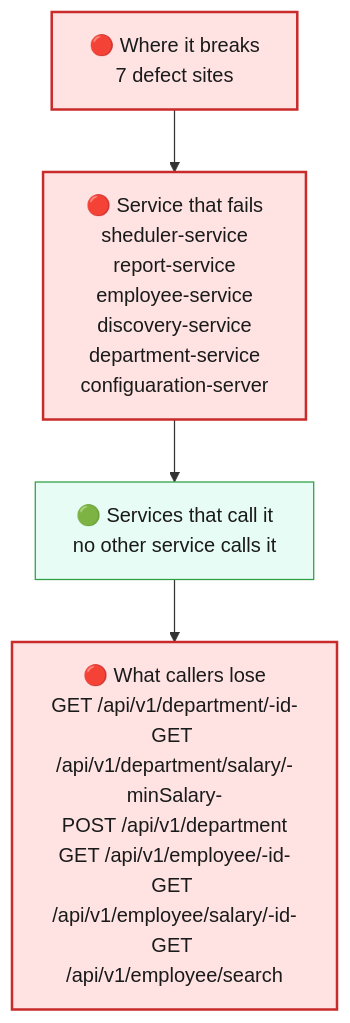
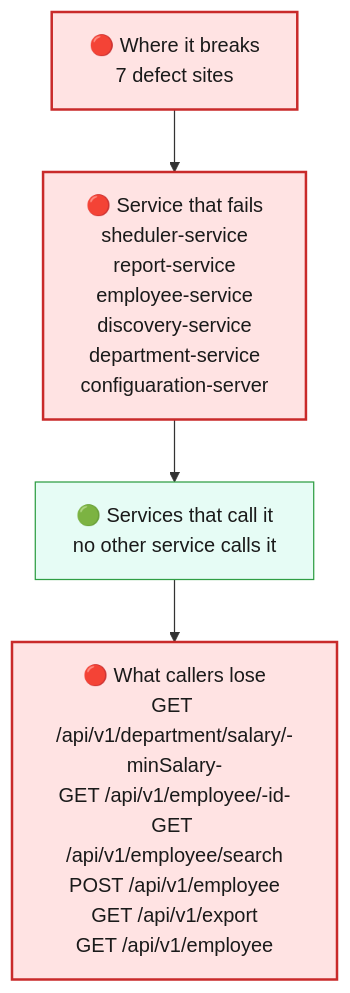
One commit to Udaradg/sample-java-project changed the first of 3 diagrams in docs/agent_output/03-blast-radius/blast_radius_ISSUE-002.md. Above: the diagram before and after it, drawn with Mermaid. The commit also changed other lines of this file and 52 other files, not shown here.

````diff
--- a/docs/agent_output/03-blast-radius/blast_radius_ISSUE-002.md
+++ b/docs/agent_output/03-blast-radius/blast_radius_ISSUE-002.md
@@ -30,13 +30,13 @@
 ```mermaid
 flowchart TD
   classDef broken fill:#ffe3e3,stroke:#c92a2a,stroke-width:2px,color:#1a1a1a
   classDef degraded fill:#fff3bf,stroke:#e8590c,stroke-width:2px,color:#1a1a1a
   classDef atrisk fill:#fff9db,stroke:#f08c00,stroke-width:1px,color:#1a1a1a
   classDef ok fill:#e6fcf5,stroke:#2f9e44,stroke-width:1px,color:#1a1a1a
   classDef neutral fill:#f1f3f5,stroke:#868e96,stroke-width:1px,color:#1a1a1a
   D["🔴 Where it breaks<br/>7 defect sites"]:::broken
   S["🔴 Service that fails<br/>sheduler-service<br/>report-service<br/>employee-service<br/>discovery-service<br/>department-service<br/>configuaration-server"]:::broken
   C["🟢 Services that call it<br/>no other service calls it"]:::ok
-  U["🔴 What callers lose<br/>GET /api/v1/department/-id-<br/>GET /api/v1/department/salary/-minSalary-<br/>POST /api/v1/department<br/>GET /api/v1/employee/-id-<br/>GET /api/v1/employee/salary/-id-<br/>GET /api/v1/employee/search"]:::broken
+  U["🔴 What callers lose<br/>GET /api/v1/department/salary/-minSalary-<br/>GET /api/v1/employee/-id-<br/>GET /api/v1/employee/search<br/>POST /api/v1/employee<br/>GET /api/v1/export<br/>GET /api/v1/employee"]:::broken
   D --> S --> C --> U
 ```
````
